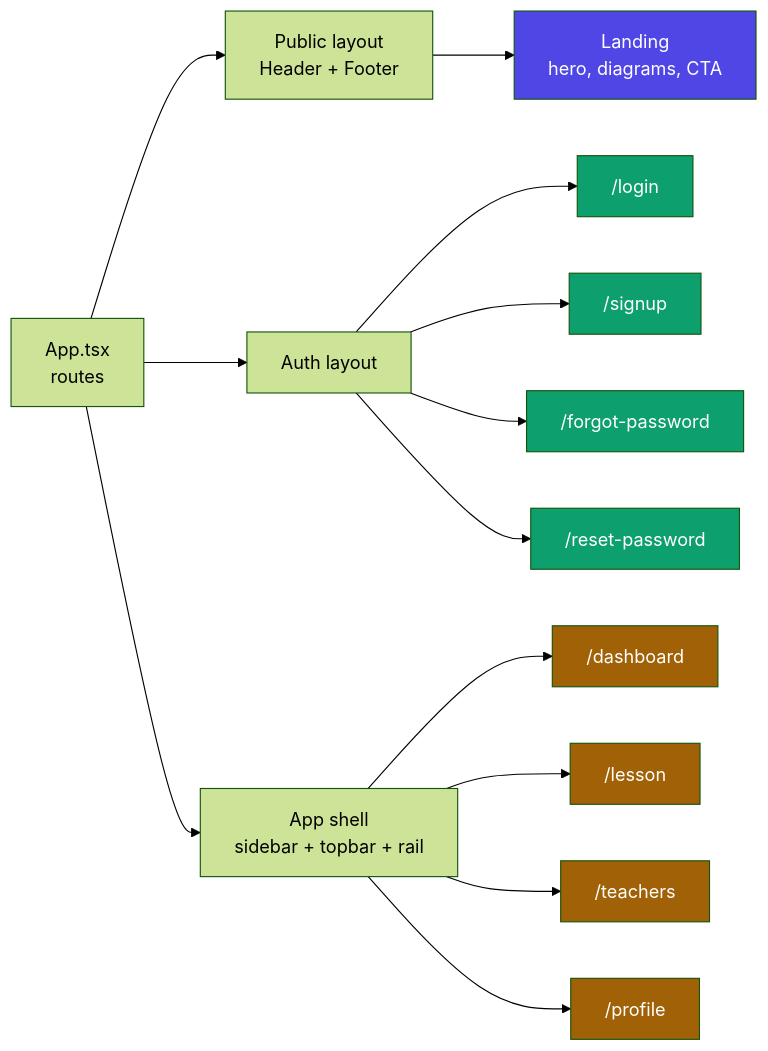
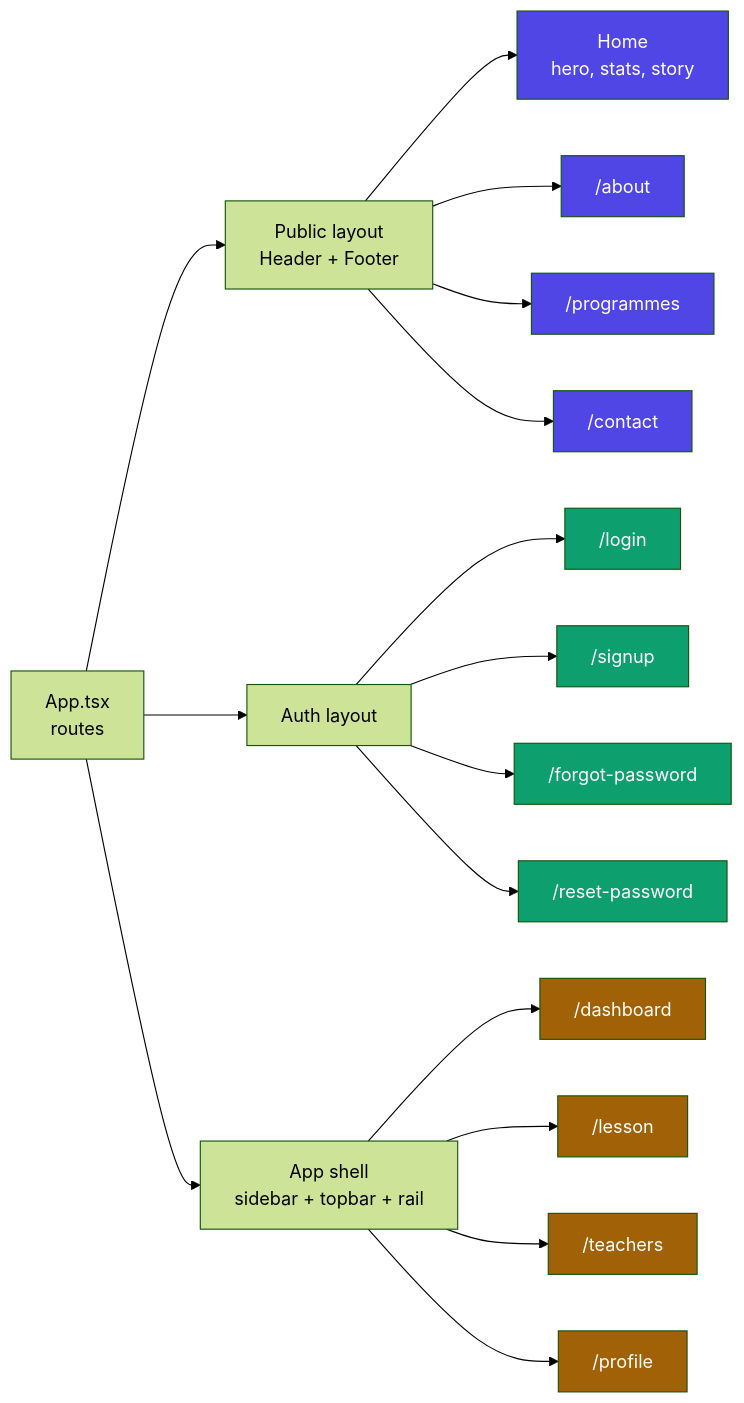
Before and after one commit to kelvintawe13/imfundo_Guest: the first of 2 diagrams in README.md, drawn with Mermaid (forest theme). The commit also changed other lines of this file and 31 other files, not shown here.

````diff
--- a/README.md
+++ b/README.md
@@ -81,31 +84,37 @@
 ```mermaid
 flowchart LR
   APP["App.tsx<br/>routes"] --> PUB["Public layout<br/>Header + Footer"]
   APP --> AUTH["Auth layout"]
   APP --> SHELL["App shell<br/>sidebar + topbar + rail"]
 
-  PUB --> LANDING["Landing<br/>hero, diagrams, CTA"]:::surf
+  PUB --> HOME["Home<br/>hero, stats, story"]:::surf
+  PUB --> ABOUT["/about"]:::surf
+  PUB --> PROGRAMMES["/programmes"]:::surf
+  PUB --> CONTACT["/contact"]:::surf
   AUTH --> LOGIN["/login"]:::auth
   AUTH --> SIGNUP["/signup"]:::auth
   AUTH --> FORGOT["/forgot-password"]:::auth
   AUTH --> RESET["/reset-password"]:::auth
   SHELL --> DASH["/dashboard"]:::app
   SHELL --> LESSON["/lesson"]:::app
   SHELL --> TEACHERS["/teachers"]:::app
   SHELL --> PROFILE["/profile"]:::app
 
   classDef surf fill:#4F46E5,color:#fff;
   classDef auth fill:#0E9F6E,color:#fff;
   classDef app fill:#A16207,color:#fff;
 
   click APP href "src/App.tsx"
-  click LANDING href "src/pages/Landing.tsx"
+  click HOME href "src/pages/Home.tsx"
+  click ABOUT href "src/pages/About.tsx"
+  click PROGRAMMES href "src/pages/Programmes.tsx"
+  click CONTACT href "src/pages/Contact.tsx"
   click LOGIN href "src/pages/auth/Login.tsx"
   click SIGNUP href "src/pages/auth/Signup.tsx"
   click FORGOT href "src/pages/auth/ForgotPassword.tsx"
   click RESET href "src/pages/auth/ResetPassword.tsx"
   click DASH href "src/pages/Dashboard.tsx"
   click LESSON href "src/pages/LessonPlayer.tsx"
   click TEACHERS href "src/pages/TeacherCorner.tsx"
   click PROFILE href "src/pages/Profile.tsx"
 ```
````
